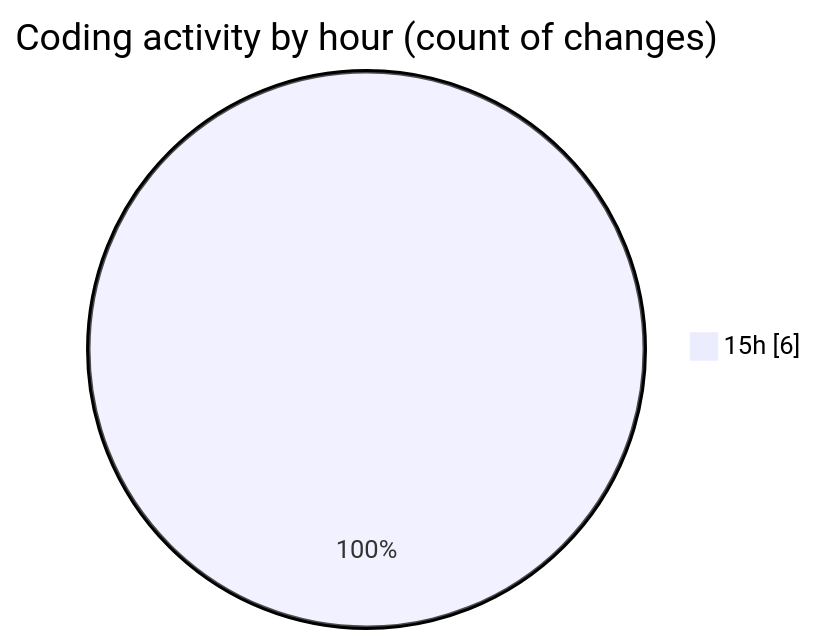
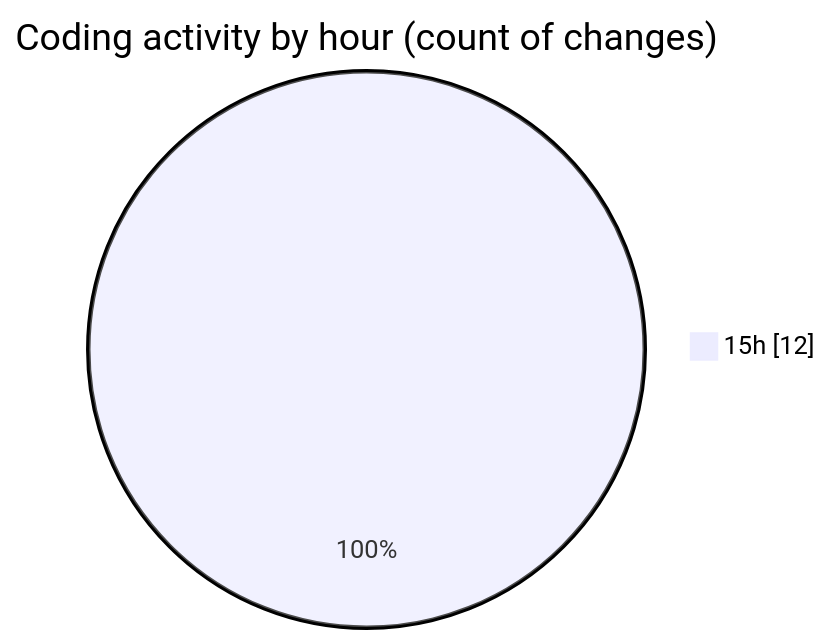
One commit to Netris89/code-tracking changed the second of 2 diagrams in 2025-04-01/back-end/README.md. Above: the diagram before and after it, drawn with Mermaid. The commit also changed other lines of this file and 1 other file, not shown here.

````diff
--- a/2025-04-01/back-end/README.md
+++ b/2025-04-01/back-end/README.md
@@ -28,5 +28,5 @@
 ```mermaid
 pie showData
 title Coding activity by hour (count of changes)
-"15h" : 6
+"15h" : 12
 ```
````
